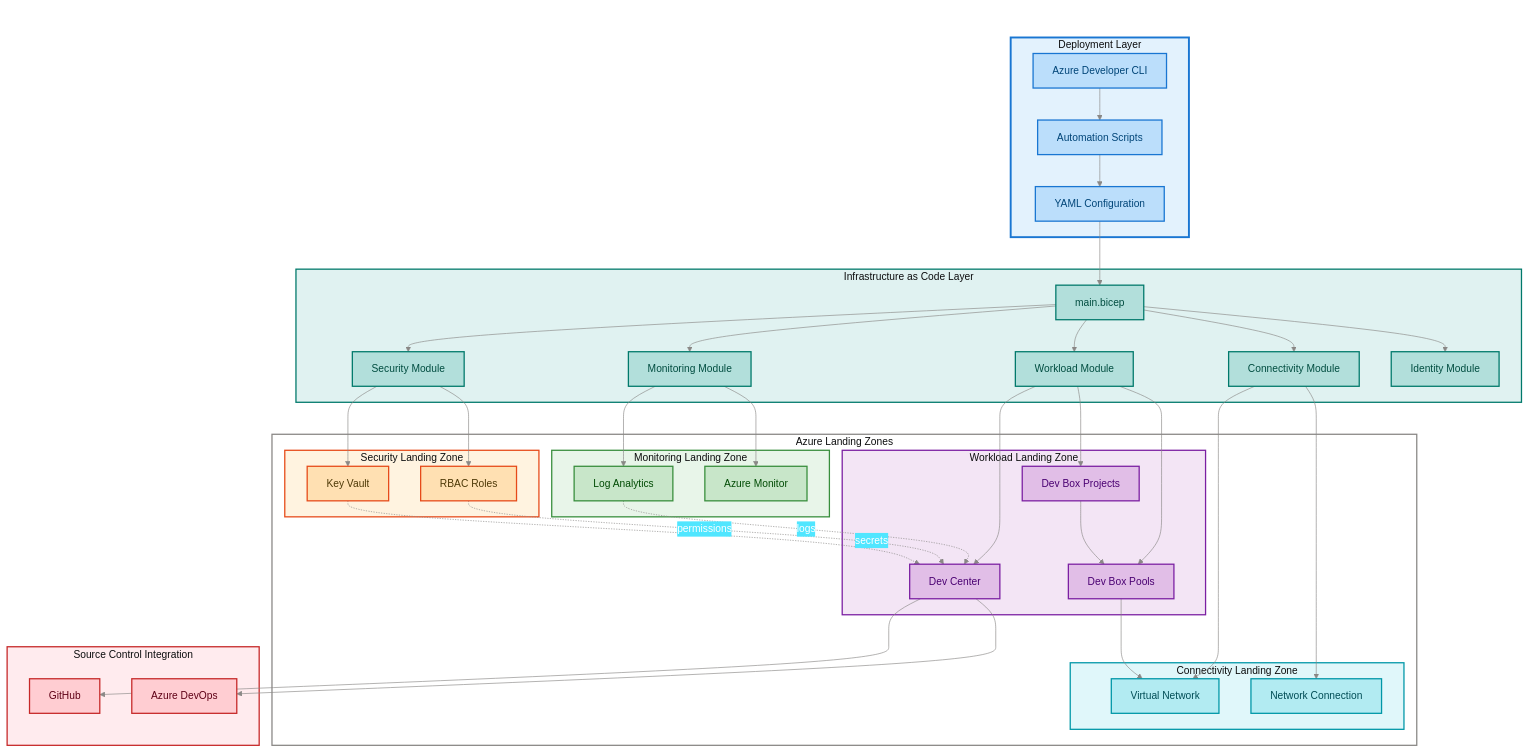
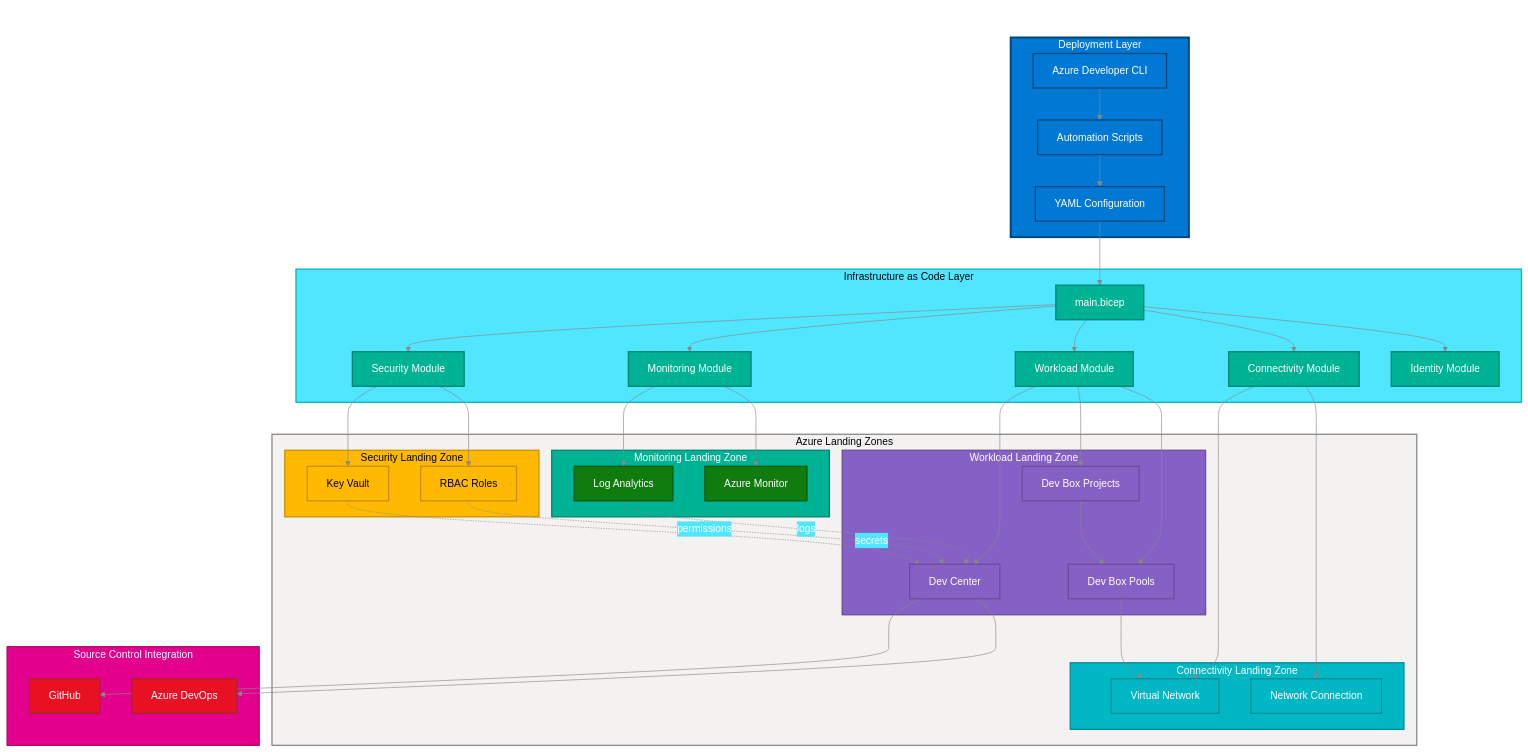
One commit to Evilazaro/DevExp-DevBox changed the diagram in README.md. Above: the diagram before and after it, drawn with Mermaid.

Commit message:
refactor: update flowchart color scheme for improved visibility and consistency in README.md

````diff
--- a/README.md
+++ b/README.md
@@ -149,26 +149,20 @@
     logAnalytics -.logs.-> devCenter
     rbacRoles -.permissions.-> devCenter
 
-    %% AZURE / FLUENT ARCHITECTURE PATTERN v1.1 (Semantic + Font Governance)
-    %% Color Scheme: Semantic colors for functional layers
-    %% Blue (#BBDEFB) → Deployment/orchestration | Teal (#B2DFDB) → IaC modules
-    %% Orange (#FFE0B2) → Security | Green (#C8E6C9) → Monitoring
-    %% Purple (#E1BEE7) → Workload | Cyan (#B2EBF2) → Connectivity | Red (#FFCDD2) → Source Control
+    classDef azureBlue fill:#0078D4,stroke:#004578,stroke-width:2px,color:#fff
+    classDef azureTeal fill:#00B294,stroke:#008272,stroke-width:2px,color:#fff
+    classDef warningOrange fill:#FFB900,stroke:#CA8F00,stroke-width:2px,color:#000
+    classDef successGreen fill:#107C10,stroke:#0B5A0B,stroke-width:2px,color:#fff
+    classDef azurePurple fill:#8661C5,stroke:#6B4C9A,stroke-width:2px,color:#fff
+    classDef azureCyan fill:#00B7C3,stroke:#008B94,stroke-width:2px,color:#fff
+    classDef criticalRed fill:#E81123,stroke:#A4262C,stroke-width:2px,color:#fff
 
-    classDef azureBlue fill:#BBDEFB,stroke:#1976D2,stroke-width:2px,color:#004578
-    classDef azureTeal fill:#B2DFDB,stroke:#00796B,stroke-width:2px,color:#004D40
-    classDef warningOrange fill:#FFE0B2,stroke:#E64A19,stroke-width:2px,color:#4D3806
-    classDef successGreen fill:#C8E6C9,stroke:#388E3C,stroke-width:2px,color:#004B04
-    classDef azurePurple fill:#E1BEE7,stroke:#7B1FA2,stroke-width:2px,color:#4A0072
-    classDef azureCyan fill:#B2EBF2,stroke:#0097A7,stroke-width:2px,color:#004D56
-    classDef criticalRed fill:#FFCDD2,stroke:#C62828,stroke-width:2px,color:#5F0016
-
-    style deployment fill:#E3F2FD,stroke:#1976D2,stroke-width:3px
-    style iac fill:#E0F2F1,stroke:#00796B,stroke-width:2px
-    style azure fill:#FFFFFF,stroke:#8A8886,stroke-width:2px
-    style securityLZ fill:#FFF3E0,stroke:#E64A19,stroke-width:2px
-    style monitoringLZ fill:#E8F5E9,stroke:#388E3C,stroke-width:2px
-    style workloadLZ fill:#F3E5F5,stroke:#7B1FA2,stroke-width:2px
-    style connectivityLZ fill:#E0F7FA,stroke:#0097A7,stroke-width:2px
-    style sourceControl fill:#FFEBEE,stroke:#C62828,stroke-width:2px
+    style deployment fill:#0078D4,stroke:#004578,stroke-width:3px,color:#fff
+    style iac fill:#50E6FF,stroke:#00B7C3,stroke-width:2px,color:#000
+    style azure fill:#F3F2F1,stroke:#8A8886,stroke-width:2px,color:#000
+    style securityLZ fill:#FFB900,stroke:#CA8F00,stroke-width:2px,color:#000
+    style monitoringLZ fill:#00B294,stroke:#008272,stroke-width:2px,color:#fff
+    style workloadLZ fill:#8661C5,stroke:#6B4C9A,stroke-width:2px,color:#fff
+    style connectivityLZ fill:#00B7C3,stroke:#008B94,stroke-width:2px,color:#fff
+    style sourceControl fill:#E3008C,stroke:#B30070,stroke-width:2px,color:#fff
 ```
````
